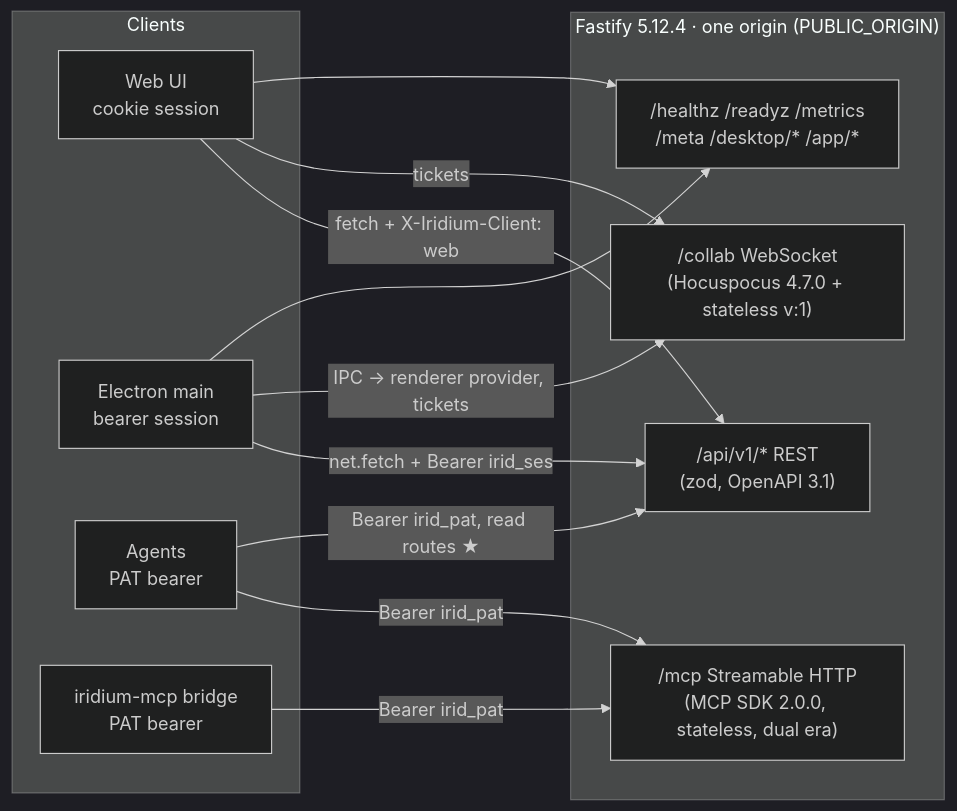
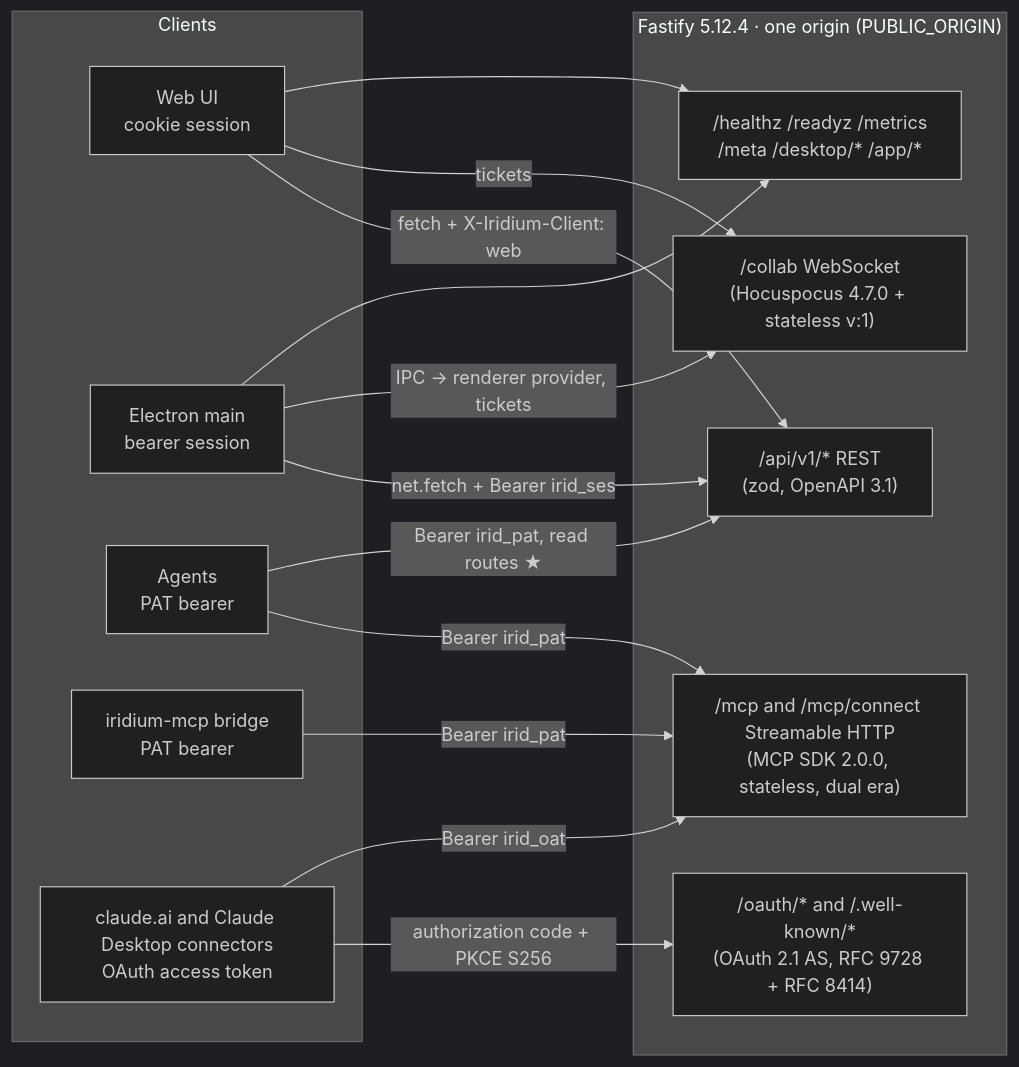
The first of 4 diagrams in docs/plan/09-api-reference.md (Mythikos/iridium), drawn with Mermaid (dark theme) before and after one commit. The commit also changed other lines of this file and 15 other files, not shown here.

````diff
--- a/docs/plan/09-api-reference.md
+++ b/docs/plan/09-api-reference.md
@@ -9,24 +9,28 @@
 ```mermaid
 flowchart LR
   subgraph Clients
     W[Web UI\ncookie session]
     D[Electron main\nbearer session]
     A[Agents\nPAT bearer]
     B[iridium-mcp bridge\nPAT bearer]
+    N[claude.ai and Claude Desktop connectors\nOAuth access token]
   end
   subgraph Server["Fastify 5.12.4 · one origin (PUBLIC_ORIGIN)"]
     R["/api/v1/* REST\n(zod, OpenAPI 3.1)"]
     C["/collab WebSocket\n(Hocuspocus 4.7.0 + stateless v:1)"]
-    M["/mcp Streamable HTTP\n(MCP SDK 2.0.0, stateless, dual era)"]
+    M["/mcp and /mcp/connect Streamable HTTP\n(MCP SDK 2.0.0, stateless, dual era)"]
+    U["/oauth/* and /.well-known/*\n(OAuth 2.1 AS, RFC 9728 + RFC 8414)"]
     O["/healthz /readyz /metrics\n/meta /desktop/* /app/*"]
   end
   W -->|fetch + X-Iridium-Client: web| R
   W -->|tickets| C
   D -->|net.fetch + Bearer irid_ses| R
   D -->|IPC → renderer provider, tickets| C
   A -->|Bearer irid_pat| M
   A -->|Bearer irid_pat, read routes ★| R
   B -->|Bearer irid_pat| M
+  N -->|authorization code + PKCE S256| U
+  N -->|Bearer irid_oat| M
   W --> O
   D --> O
 ```
````
